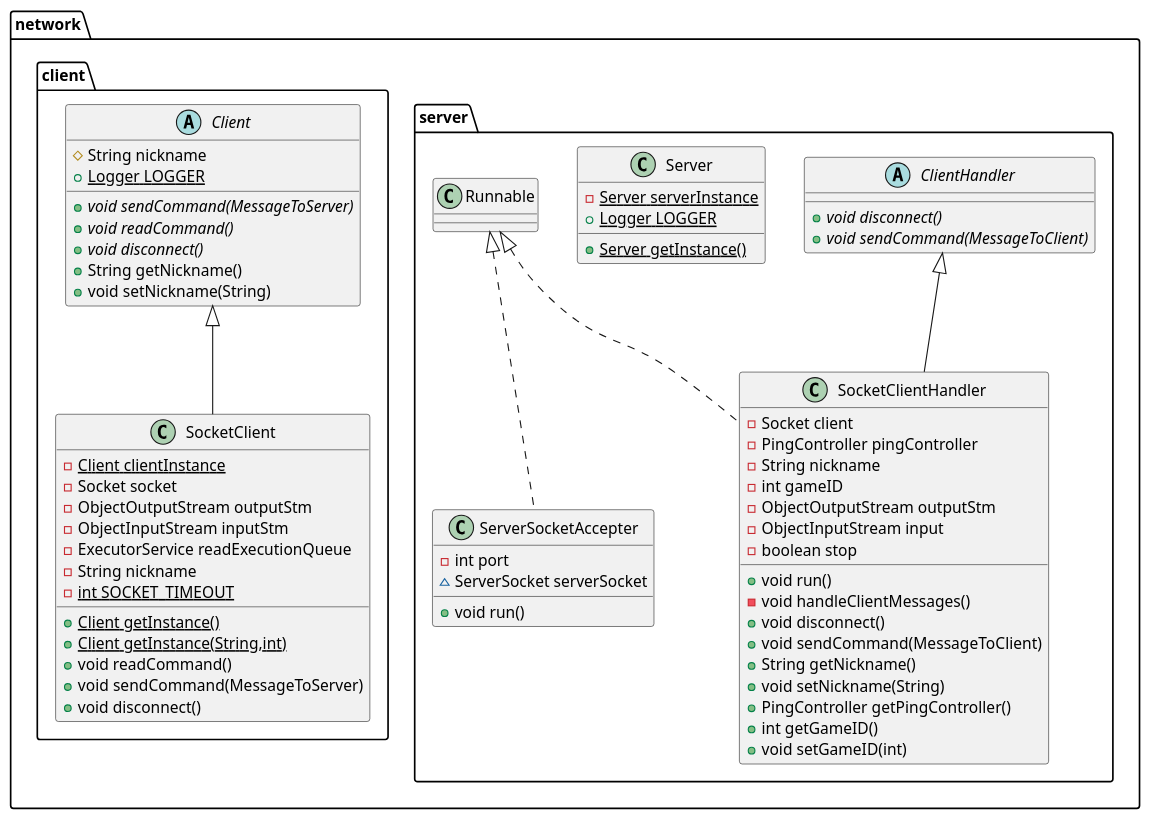
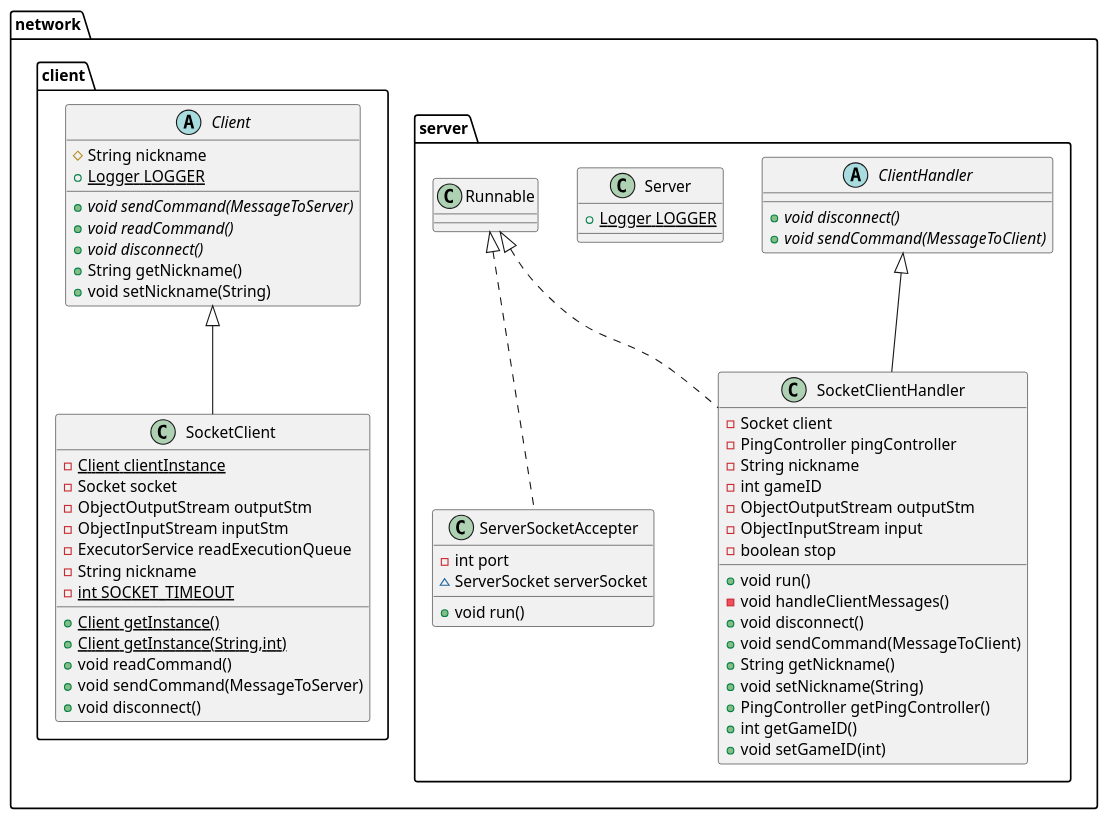
The diagram in src/main/resources/uml/network.puml (SigCatta/MyShelfie), drawn with PlantUML before and after one commit. The commit also changed 5 other files, not shown here.

Commit message:
- updated and corrected uml

```diff
--- a/src/main/resources/uml/network.puml
+++ b/src/main/resources/uml/network.puml
@@ -1,63 +1,61 @@
 @startuml
 class network.server.ServerSocketAccepter {
 - int port
 ~ ServerSocket serverSocket
 + void run()
 }
 class network.server.SocketClientHandler {
 - Socket client
 - PingController pingController
 - String nickname
 - int gameID
 - ObjectOutputStream outputStm
 - ObjectInputStream input
 - boolean stop
 + void run()
 - void handleClientMessages()
 + void disconnect()
 + void sendCommand(MessageToClient)
 + String getNickname()
 + void setNickname(String)
 + PingController getPingController()
 + int getGameID()
 + void setGameID(int)
 }
 abstract class network.server.ClientHandler {
 + {abstract}void disconnect()
 + {abstract}void sendCommand(MessageToClient)
 }
 class network.server.Server {
-- {static} Server serverInstance
 + {static} Logger LOGGER
-+ {static} Server getInstance()
 }
 abstract class network.client.Client {
 # String nickname
 + {static} Logger LOGGER
 + {abstract}void sendCommand(MessageToServer)
 + {abstract}void readCommand()
 + {abstract}void disconnect()
 + String getNickname()
 + void setNickname(String)
 }
 class network.client.SocketClient {
 - {static} Client clientInstance
 - Socket socket
 - ObjectOutputStream outputStm
 - ObjectInputStream inputStm
 - ExecutorService readExecutionQueue
 - String nickname
 - {static} int SOCKET_TIMEOUT
 + {static} Client getInstance()
 + {static} Client getInstance(String,int)
 + void readCommand()
 + void sendCommand(MessageToServer)
 + void disconnect()
 }
 
 
 network.server.Runnable <|.. network.server.ServerSocketAccepter
 network.server.Runnable <|.. network.server.SocketClientHandler
 network.server.ClientHandler <|-- network.server.SocketClientHandler
 network.client.Client <|-- network.client.SocketClient
 @enduml
```
